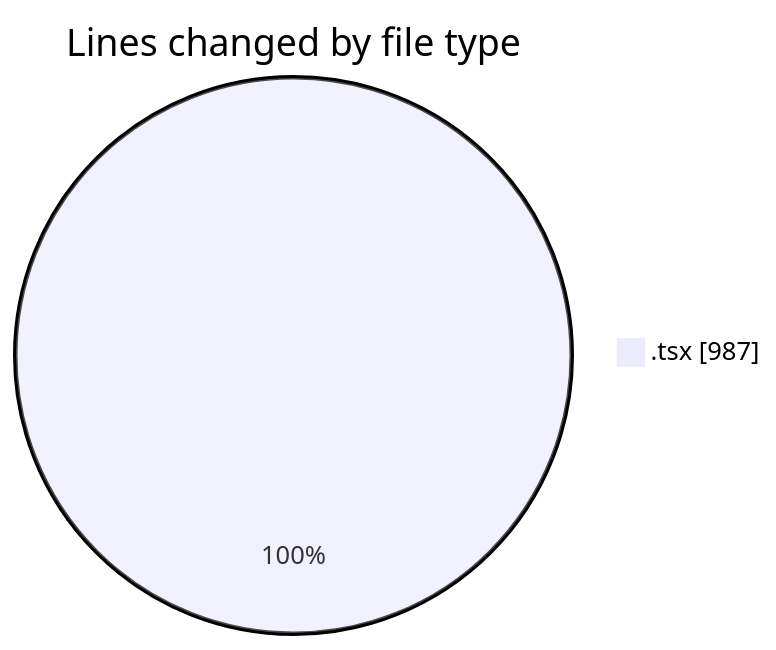
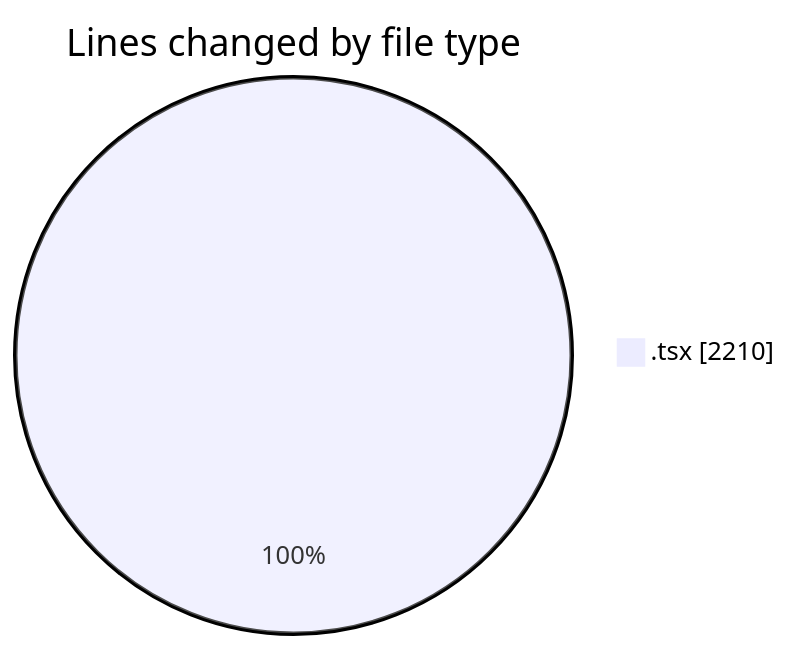
The first of 2 diagrams in 2026-06-08/nxtqube_webapp/README.md (nxtqubesakshisongat/code-tracking), drawn with Mermaid before and after one commit. The commit also changed other lines of this file and 1 other file, not shown here.

````diff
--- a/2026-06-08/nxtqube_webapp/README.md
+++ b/2026-06-08/nxtqube_webapp/README.md
@@ -20,5 +21,5 @@
 ```mermaid
 pie showData
 title Lines changed by file type
-".tsx" : 987
+".tsx" : 2210
 ```
````
